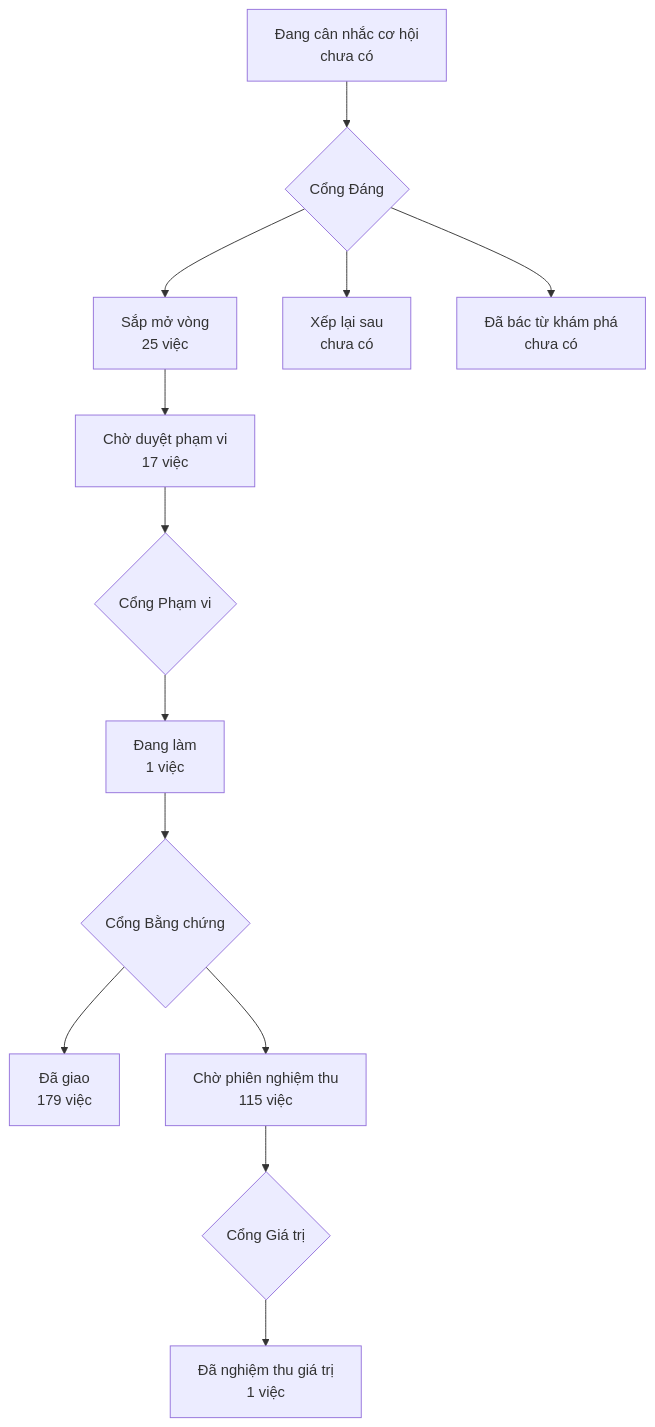
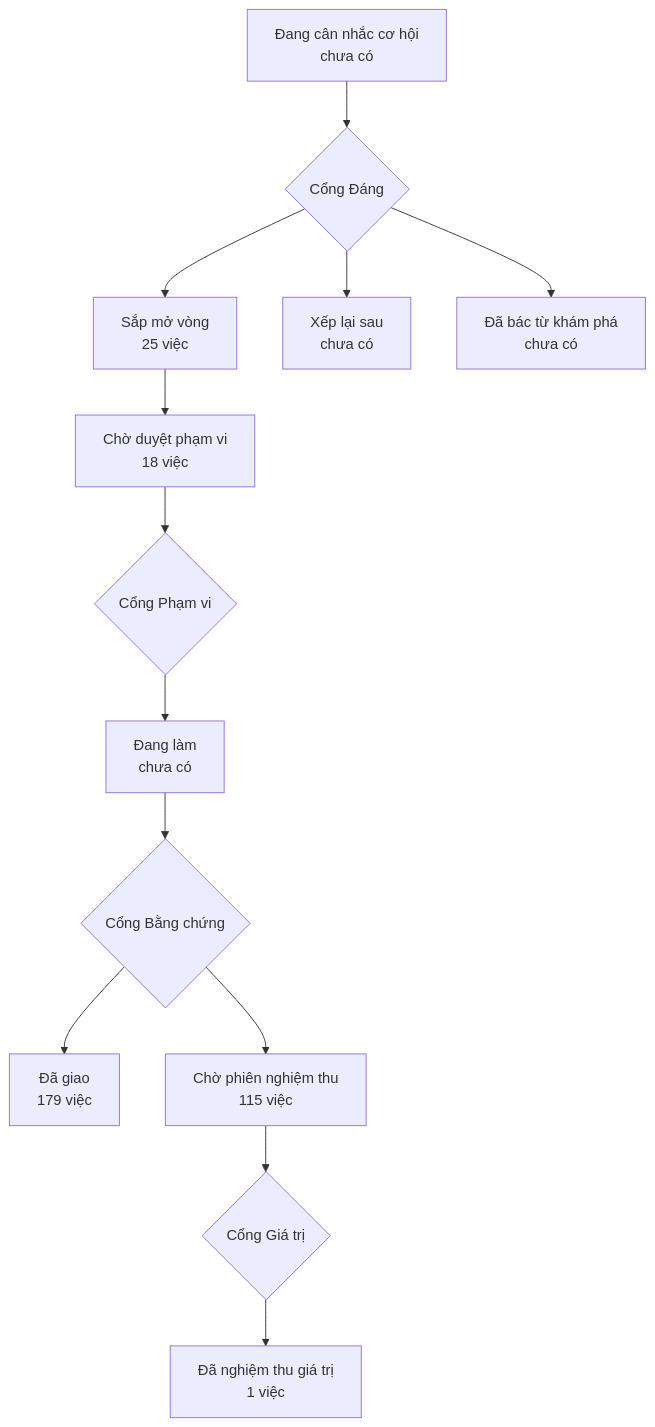
One commit to phanlemanh/onehub-invest changed the diagram in PRODUCT-MAP.md. Above: the diagram before and after it, drawn with Mermaid. The commit also changed other lines of this file and 6 other files, not shown here.

Commit message:
docs(acceptance): s10-bang-hang-vao-danh-ba mở lại Cổng Phạm vi cho AC-2 — đếm trùng chéo 177↔178

````diff
--- a/PRODUCT-MAP.md
+++ b/PRODUCT-MAP.md
@@ -7,12 +7,12 @@
 ```mermaid
 flowchart TD
   A["Đang cân nhắc cơ hội<br/>chưa có"] --> GD{"Cổng Đáng"}
   GD --> B["Sắp mở vòng<br/>25 việc"]
   GD --> XL["Xếp lại sau<br/>chưa có"]
   GD --> DB["Đã bác từ khám phá<br/>chưa có"]
-  B --> CD["Chờ duyệt phạm vi<br/>17 việc"] --> GP{"Cổng Phạm vi"}
-  GP --> DL["Đang làm<br/>1 việc"] --> GB{"Cổng Bằng chứng"}
+  B --> CD["Chờ duyệt phạm vi<br/>18 việc"] --> GP{"Cổng Phạm vi"}
+  GP --> DL["Đang làm<br/>chưa có"] --> GB{"Cổng Bằng chứng"}
   GB --> DG["Đã giao<br/>179 việc"]
   GB --> CN["Chờ phiên nghiệm thu<br/>115 việc"] --> GG{"Cổng Giá trị"}
   GG --> NT["Đã nghiệm thu giá trị<br/>1 việc"]
 ```
````
